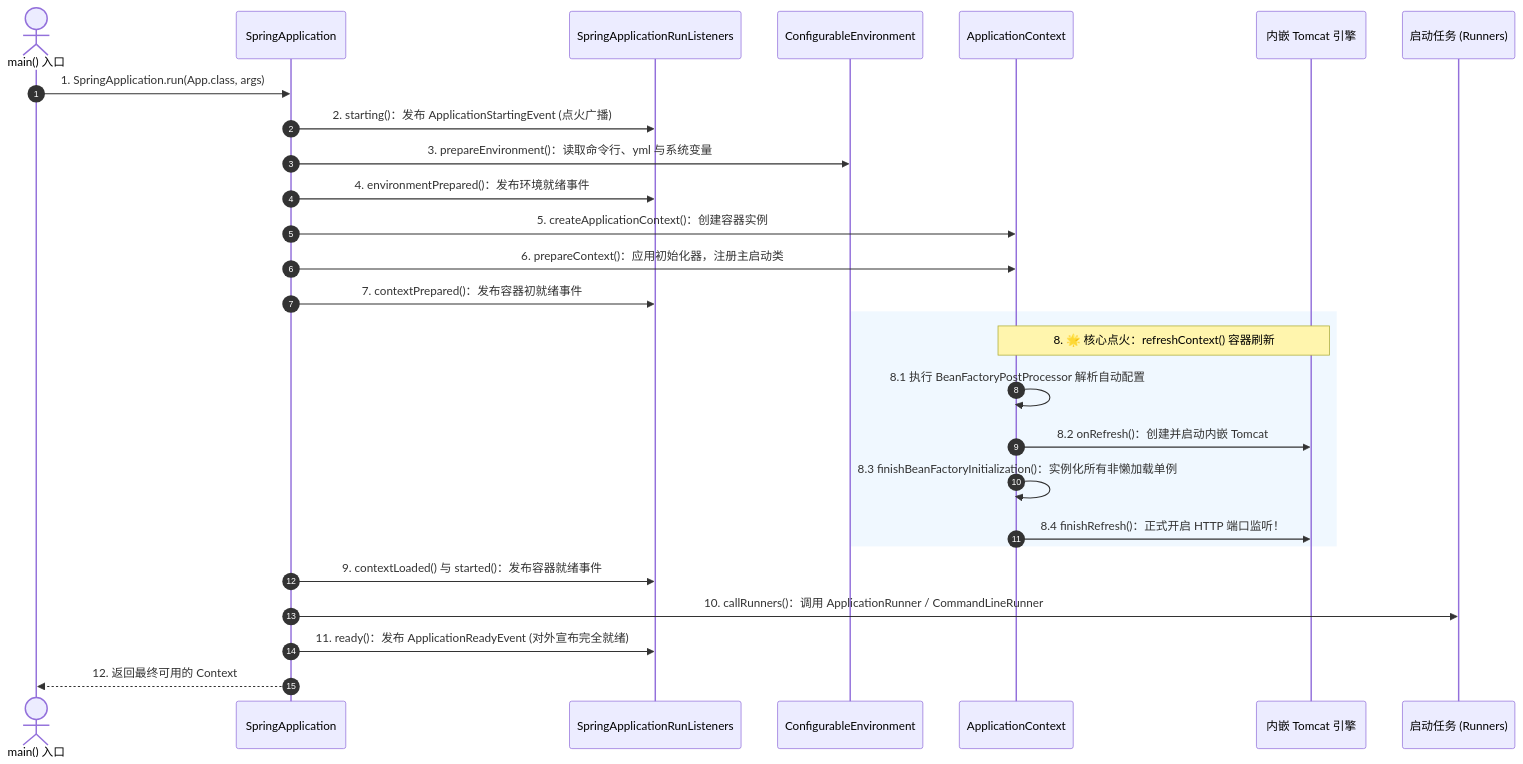
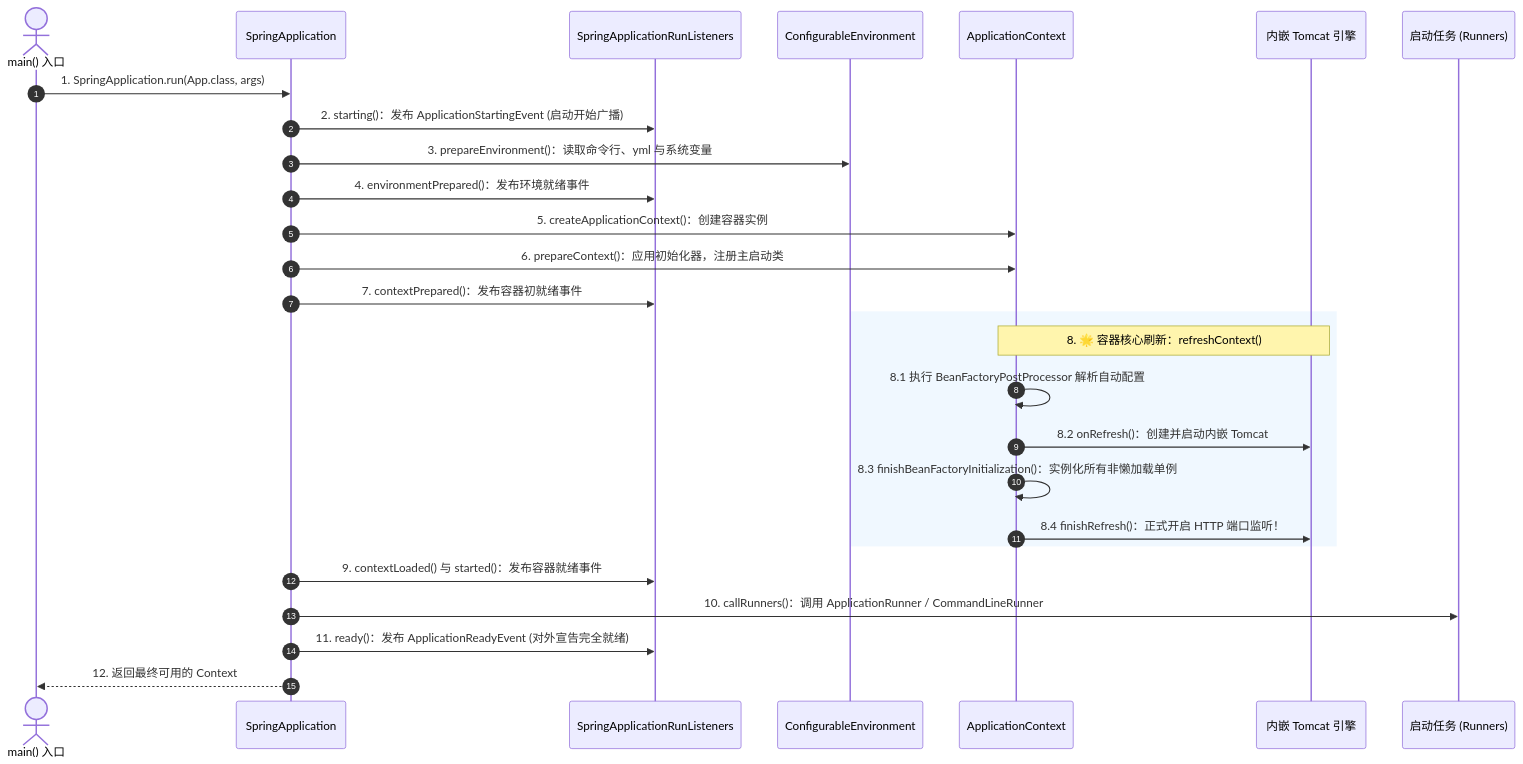
Before and after one commit to GuoWWWX/knowledge-base: the second of 5 diagrams in 20-Java后端/04-Spring生态/10-SpringBoot启动流程.md, drawn with Mermaid. The commit also changed other lines of this file, not shown here.

````diff
--- a/20-Java后端/04-Spring生态/10-SpringBoot启动流程.md
+++ b/20-Java后端/04-Spring生态/10-SpringBoot启动流程.md
@@ -69,32 +69,32 @@
 ```mermaid
 sequenceDiagram
     autonumber
     actor Dev as main() 入口
     participant App as SpringApplication
     participant Listeners as SpringApplicationRunListeners
     participant Env as ConfigurableEnvironment
     participant Context as ApplicationContext
     participant Tomcat as 内嵌 Tomcat 引擎
     participant Runners as 启动任务 (Runners)
 
     Dev->>App: 1. SpringApplication.run(App.class, args)
-    App->>Listeners: 2. starting()：发布 ApplicationStartingEvent (点火广播)
+    App->>Listeners: 2. starting()：发布 ApplicationStartingEvent (启动开始广播)
     App->>Env: 3. prepareEnvironment()：读取命令行、yml 与系统变量
     App->>Listeners: 4. environmentPrepared()：发布环境就绪事件
     App->>Context: 5. createApplicationContext()：创建容器实例
     App->>Context: 6. prepareContext()：应用初始化器，注册主启动类
     App->>Listeners: 7. contextPrepared()：发布容器初就绪事件
     
     rect rgb(240, 248, 255)
-    Note over Context, Tomcat: 8. 🌟 核心点火：refreshContext() 容器刷新
+    Note over Context, Tomcat: 8. 🌟 容器核心刷新：refreshContext()
     Context->>Context: 8.1 执行 BeanFactoryPostProcessor 解析自动配置
     Context->>Tomcat: 8.2 onRefresh()：创建并启动内嵌 Tomcat
     Context->>Context: 8.3 finishBeanFactoryInitialization()：实例化所有非懒加载单例
     Context->>Tomcat: 8.4 finishRefresh()：正式开启 HTTP 端口监听！
     end
 
     App->>Listeners: 9. contextLoaded() 与 started()：发布容器就绪事件
     App->>Runners: 10. callRunners()：调用 ApplicationRunner / CommandLineRunner
-    App->>Listeners: 11. ready()：发布 ApplicationReadyEvent (对外宣布完全就绪)
+    App->>Listeners: 11. ready()：发布 ApplicationReadyEvent (对外宣告完全就绪)
     App-->>Dev: 12. 返回最终可用的 Context
 ```
````
